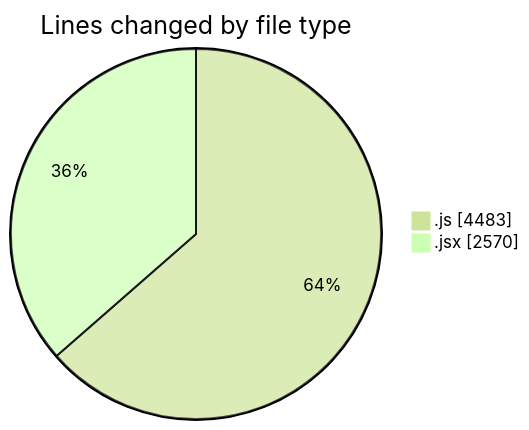
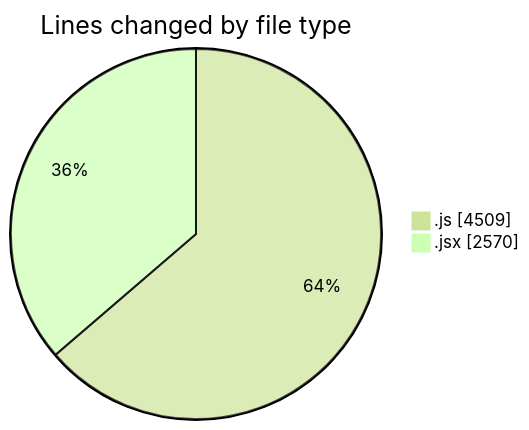
One commit to nxtqubesakshisongat/code-tracking changed the first of 2 diagrams in 2025-08-13/nxtqube_webapp/README.md. Above: the diagram before and after it, drawn with Mermaid (forest theme). The commit also changed other lines of this file and 1 other file, not shown here.

````diff
--- a/2025-08-13/nxtqube_webapp/README.md
+++ b/2025-08-13/nxtqube_webapp/README.md
@@ -26,6 +26,6 @@
 ```mermaid
 pie showData
 title Lines changed by file type
-".js" : 4483
+".js" : 4509
 ".jsx" : 2570
 ```
````
